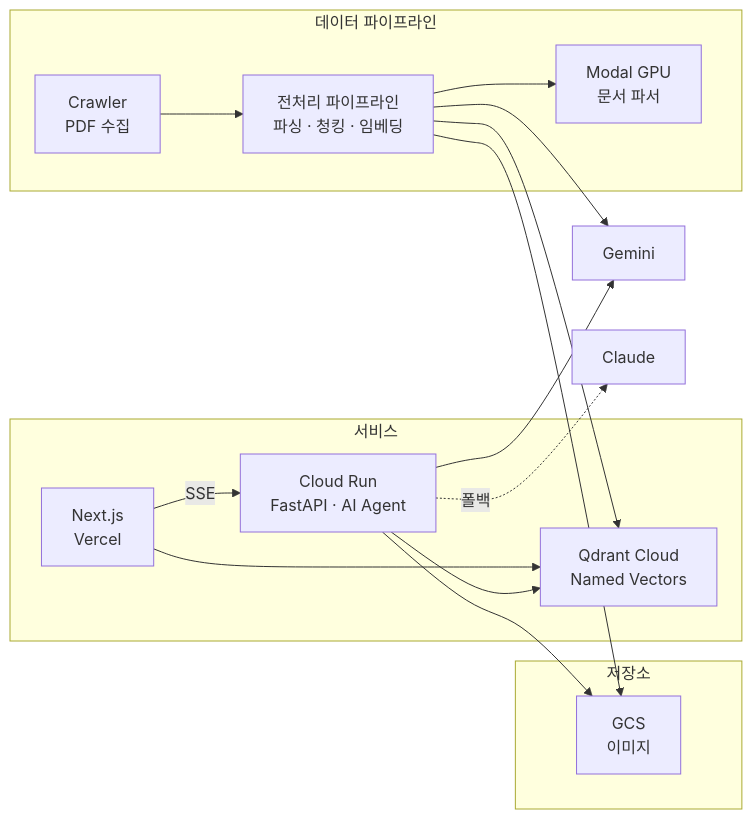
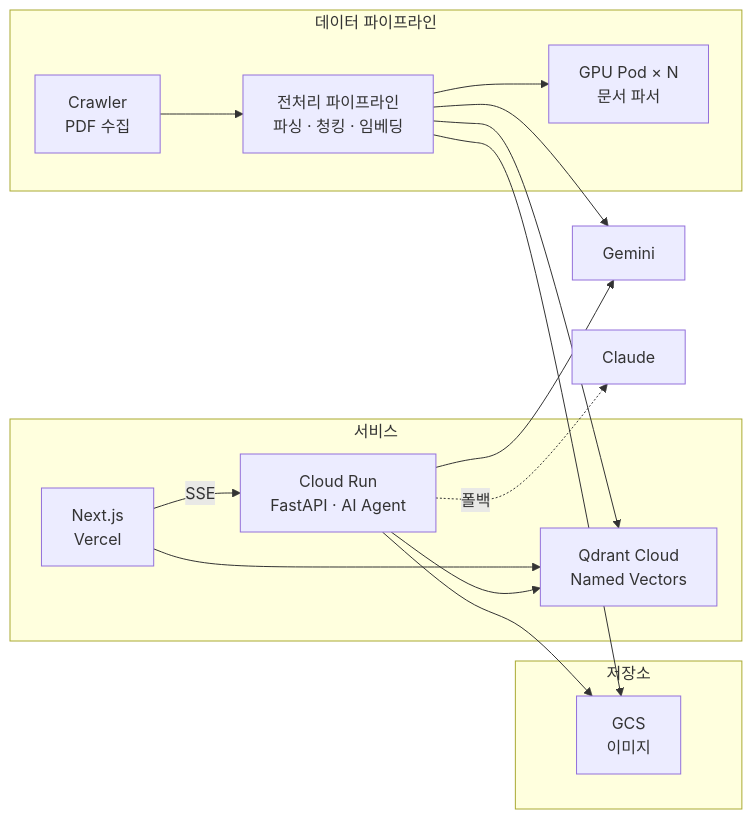
Before and after one commit to genie49/genie-cv: the diagram in data/content/notes/bonda-tech-stack.md, drawn with Mermaid. The commit also changed 11 other files, not shown here.

````diff
--- a/data/content/notes/bonda-tech-stack.md
+++ b/data/content/notes/bonda-tech-stack.md
@@ -29,26 +29,26 @@
 ```mermaid
 flowchart LR
     subgraph "서비스"
         Next["Next.js<br/>Vercel"] -->|SSE| CR["Cloud Run<br/>FastAPI · AI Agent"]
         Next --> QD
     end
 
     subgraph "데이터 파이프라인"
         Crawler["Crawler<br/>PDF 수집"] --> Pipeline["전처리 파이프라인<br/>파싱 · 청킹 · 임베딩"]
-        Pipeline --> Modal["Modal GPU<br/>문서 파서"]
+        Pipeline --> GPU["GPU Pod × N<br/>문서 파서"]
     end
 
     subgraph "저장소"
         QD["Qdrant Cloud<br/>Named Vectors"]
         GCS["GCS<br/>이미지"]
     end
 
     CR --> Gemini["Gemini"]
     CR -.->|폴백| Claude["Claude"]
     CR --> QD
     CR --> GCS
 
     Pipeline --> Gemini
     Pipeline --> QD
     Pipeline --> GCS
 ```
````
